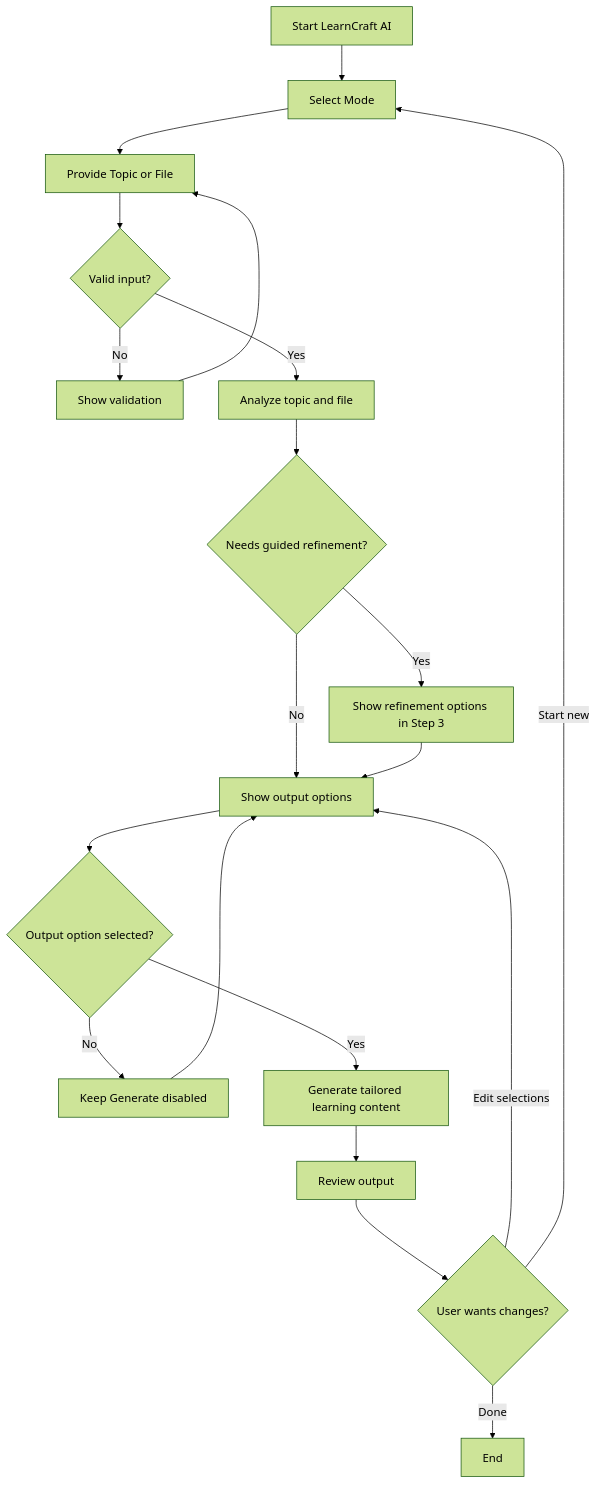
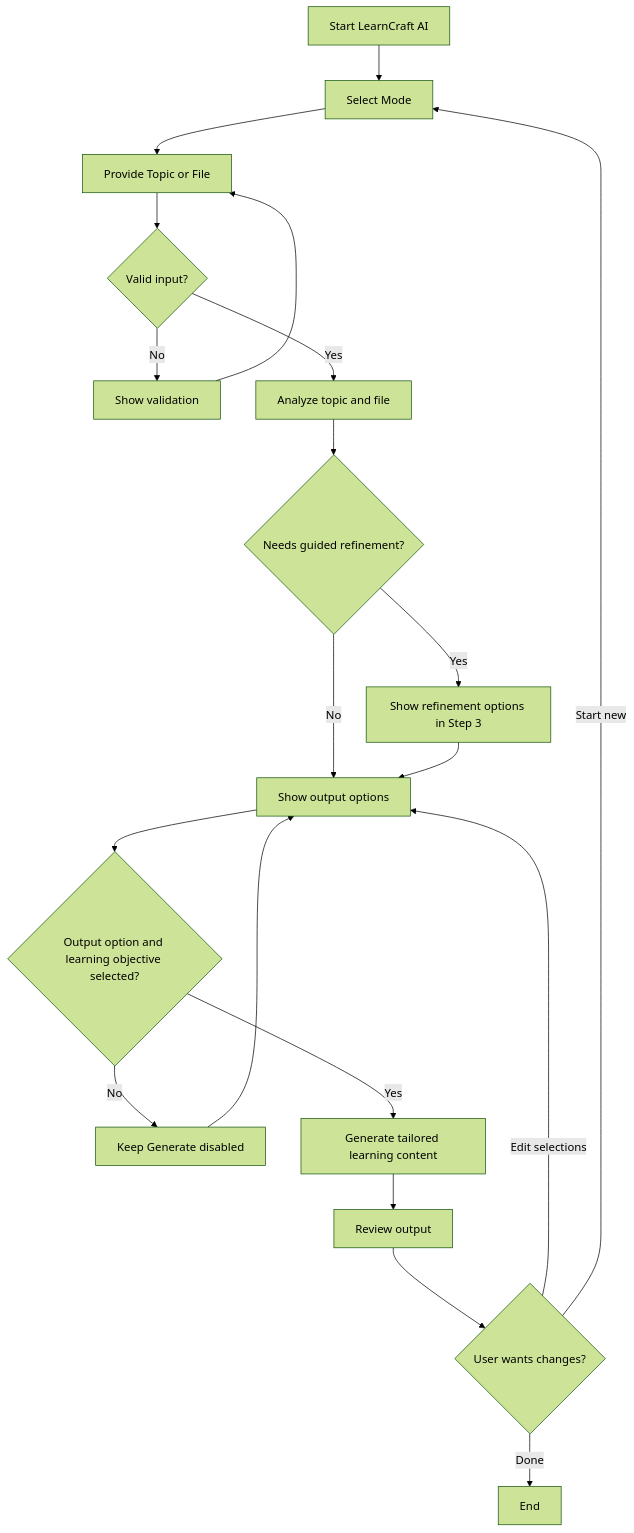
One commit to Lokesh-kesari/learncraft-ai changed the ninth of 9 diagrams in docs/Ui-Design/User_Flow.md. Above: the diagram before and after it, drawn with Mermaid (forest theme). The commit also changed other lines of this file, not shown here.

Commit message:
doc: User flow updated v2

````diff
--- a/docs/Ui-Design/User_Flow.md
+++ b/docs/Ui-Design/User_Flow.md
@@ -525,22 +599,22 @@
 ```mermaid
 flowchart TD
     A[Start LearnCraft AI] --> B[Select Mode]
     B --> C[Provide Topic or File]
     C --> D{Valid input?}
     D -->|No| E[Show validation]
     E --> C
     D -->|Yes| F[Analyze topic and file]
     F --> G{Needs guided refinement?}
     G -->|Yes| H[Show refinement options in Step 3]
     G -->|No| I[Show output options]
     H --> I
-    I --> J{Output option selected?}
+    I --> J{Output option and learning objective selected?}
     J -->|No| K[Keep Generate disabled]
     K --> I
     J -->|Yes| L[Generate tailored learning content]
     L --> M[Review output]
     M --> N{User wants changes?}
     N -->|Edit selections| I
     N -->|Start new| B
     N -->|Done| O[End]
 ```
````
